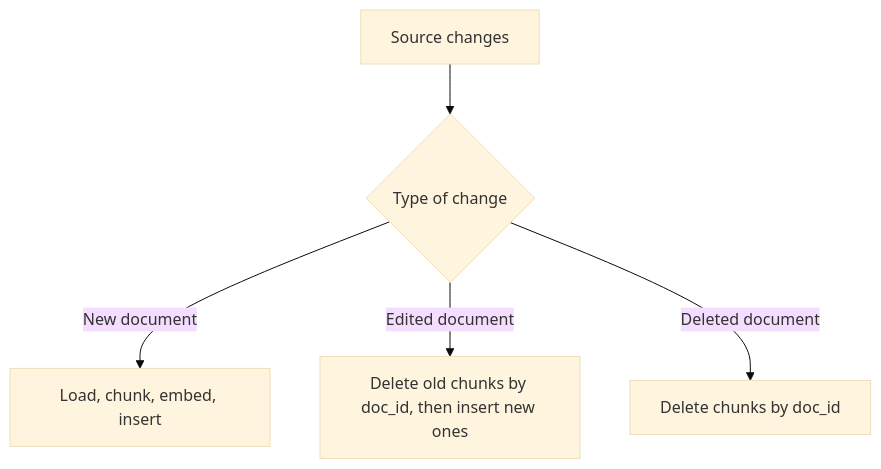
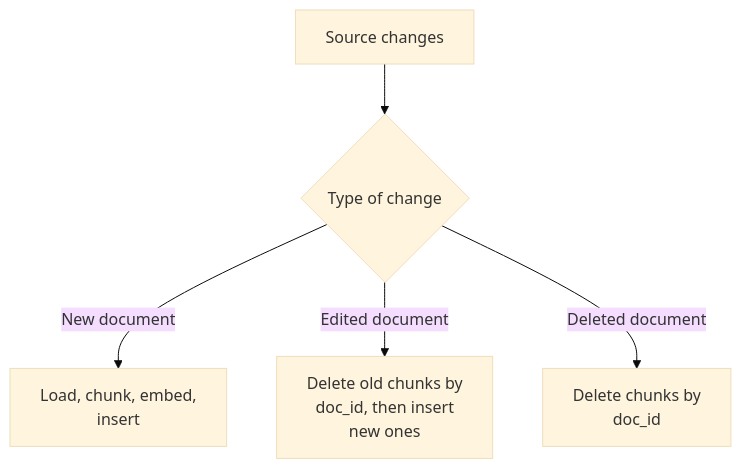
The second of 2 diagrams in 01. Naive RAG/notes/01. Basic Concepts/03. Document Loading and Parsing.md (ajay-nikumbh/RAG-From-Basics-to-Production), drawn with Mermaid (base theme) before and after one commit. The commit also changed other lines of this file and 38 other files, not shown here.

First line of the commit message:
Group root README by pattern, widen tables, wrap diagram labels

````diff
--- a/01. Naive RAG/notes/01. Basic Concepts/03. Document Loading and Parsing.md
+++ b/01. Naive RAG/notes/01. Basic Concepts/03. Document Loading and Parsing.md
@@ -98,7 +98,7 @@
 ```mermaid
 flowchart TB
     S[Source changes] --> T{Type of change}
-    T -->|New document| A[Load, chunk, embed, insert]
-    T -->|Edited document| U[Delete old chunks by doc_id, then insert new ones]
-    T -->|Deleted document| DEL[Delete chunks by doc_id]
+    T -->|New document| A[Load, chunk, embed,<br/>insert]
+    T -->|Edited document| U[Delete old chunks by<br/>doc_id, then insert<br/>new ones]
+    T -->|Deleted document| DEL[Delete chunks by<br/>doc_id]
 ```
````
